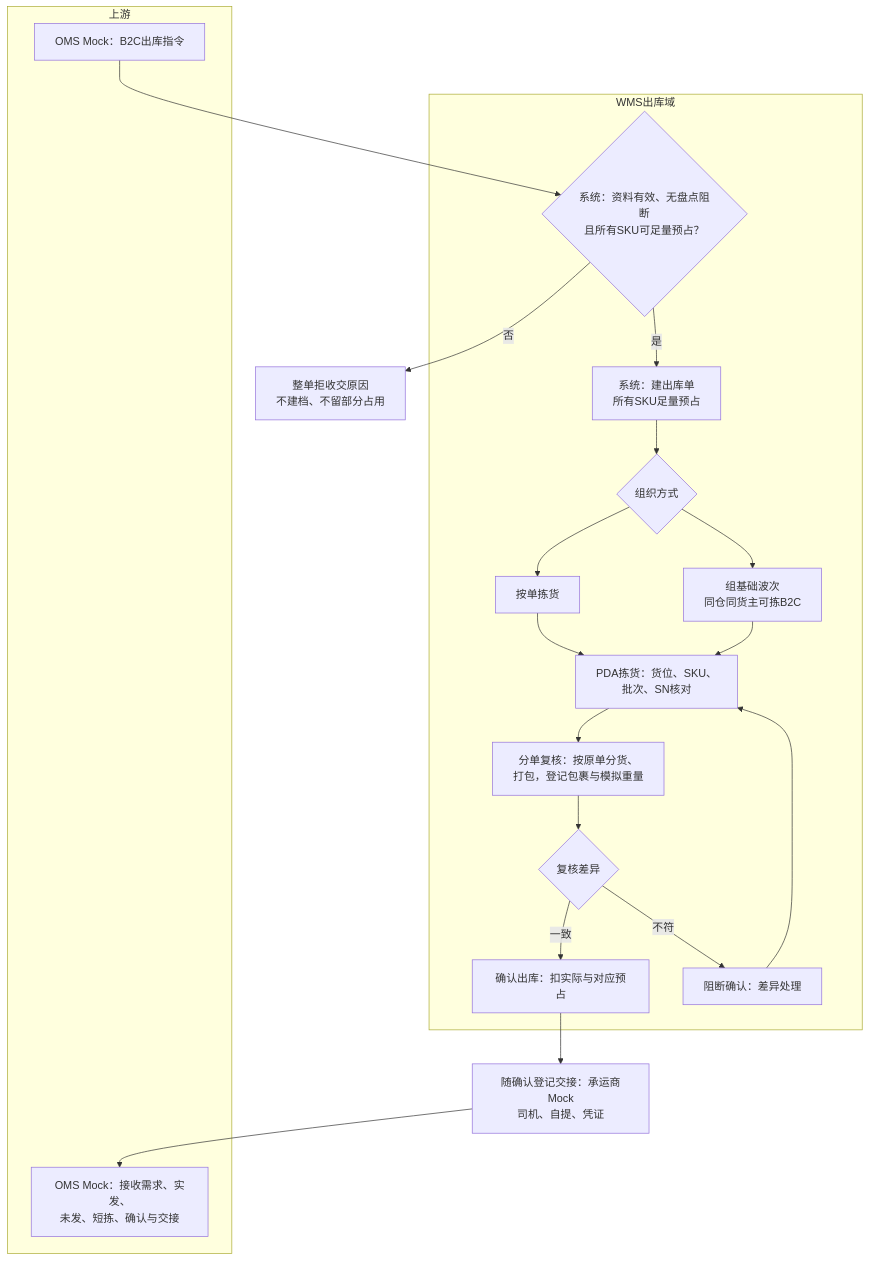
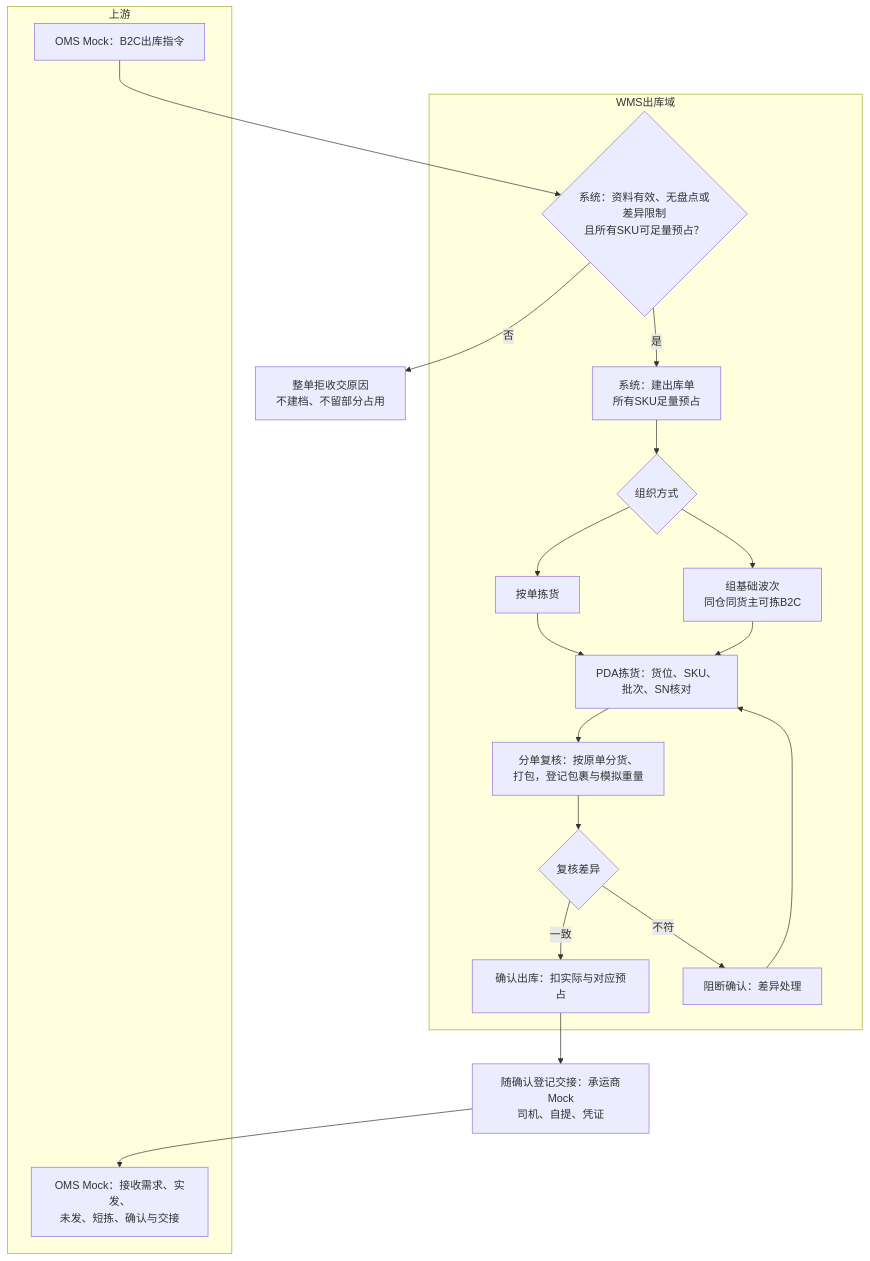
The third of 6 diagrams in 05-应用设计方案/20261002-MVP版本/系统架构设计/01-系统流程与单据交互.md (TopVitamin/QS-WMS-Project), drawn with Mermaid before and after one commit. The commit also changed other lines of this file and 148 other files, not shown here.

````diff
--- a/05-应用设计方案/20261002-MVP版本/系统架构设计/01-系统流程与单据交互.md
+++ b/05-应用设计方案/20261002-MVP版本/系统架构设计/01-系统流程与单据交互.md
@@ -143,32 +143,32 @@
 ```mermaid
 flowchart TB
     subgraph 上游
         M1[OMS Mock：B2C出库指令]
         M2[OMS Mock：接收需求、实发、<br/>未发、短拣、确认与交接]
     end
     subgraph WMS出库域
-        E0{系统：资料有效、无盘点阻断<br/>且所有SKU可足量预占？}
+        E0{系统：资料有效、无盘点或差异限制<br/>且所有SKU可足量预占？}
         E1[系统：建出库单<br/>所有SKU足量预占]
         W1{组织方式}
         W2[按单拣货]
         W3[组基础波次<br/>同仓同货主可拣B2C]
         P1[PDA拣货：货位、SKU、<br/>批次、SN核对]
         S1[分单复核：按原单分货、<br/>打包，登记包裹与模拟重量]
         C1{复核差异}
         C2[确认出库：扣实际与对应预占]
         C3[阻断确认：差异处理]
     end
     M1 --> E0
     E0 -->|是| E1
     E0 -->|否| X[整单拒收交原因<br/>不建档、不留部分占用]
     E1 --> W1
     W1 --> W2 --> P1
     W1 --> W3 --> P1
     P1 --> S1
     S1 --> C1
     C1 -->|一致| C2
     C1 -->|不符| C3
     C2 --> D1[随确认登记交接：承运商Mock<br/>司机、自提、凭证]
     D1 --> M2
     C3 --> P1
 ```
````
